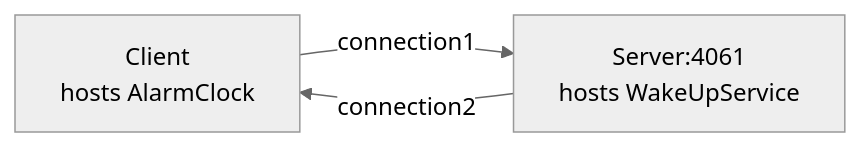
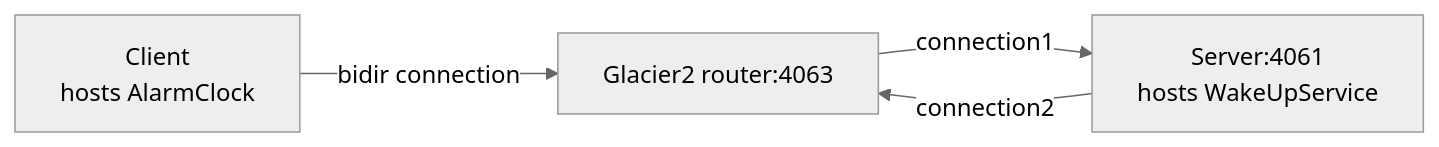
The diagram in python/Glacier2/callback/README.md (zeroc-ice/ice-demos), drawn with Mermaid (neutral theme) before and after one commit. The commit also changed other lines of this file and 3 other files, not shown here.

````diff
--- a/python/Glacier2/callback/README.md
+++ b/python/Glacier2/callback/README.md
@@ -8,5 +10,5 @@
 ```mermaid
 flowchart LR
-    c[Client<br>hosts AlarmClock] --connection1--> s[Server:4061<br>hosts WakeUpService]
-    s --connection2--> c
+    c[Client<br>hosts AlarmClock] --bidir connection--> g[Glacier2 router:4063]
+    g --connection1--> s[Server:4061<br>hosts WakeUpService] --connection2--> g
 ```
````
